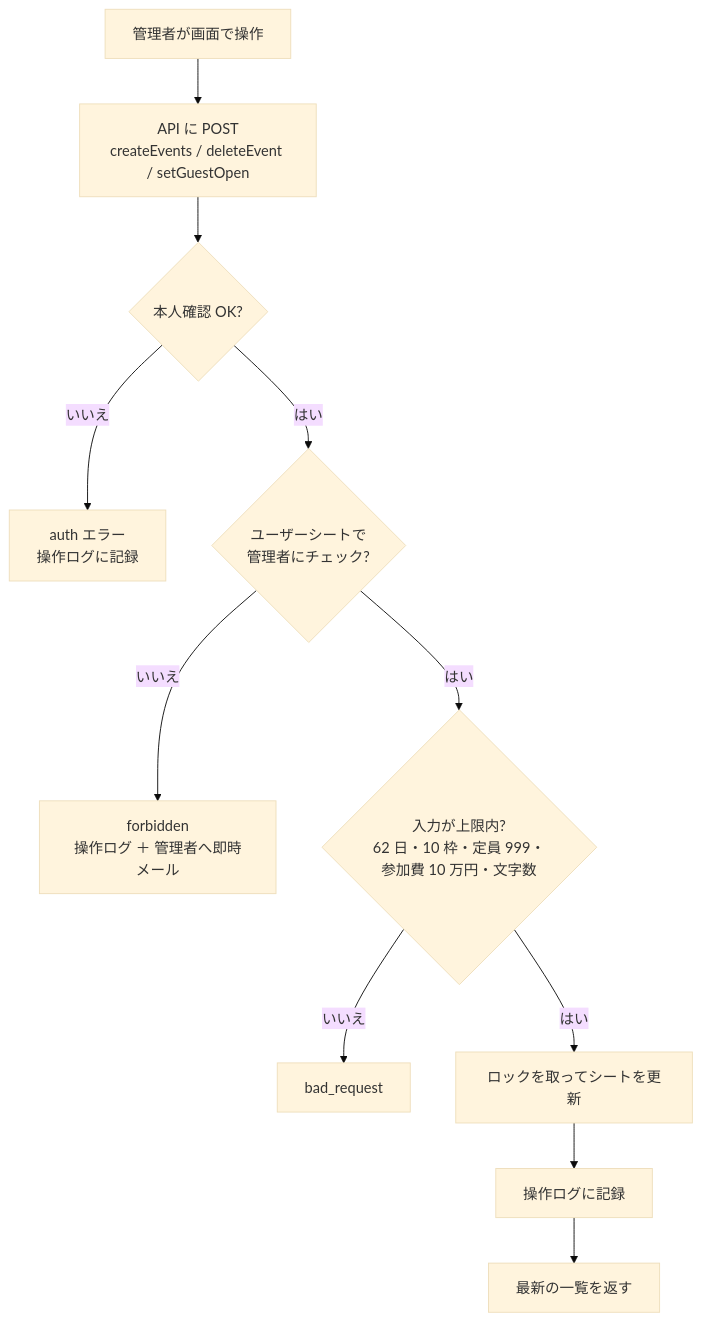
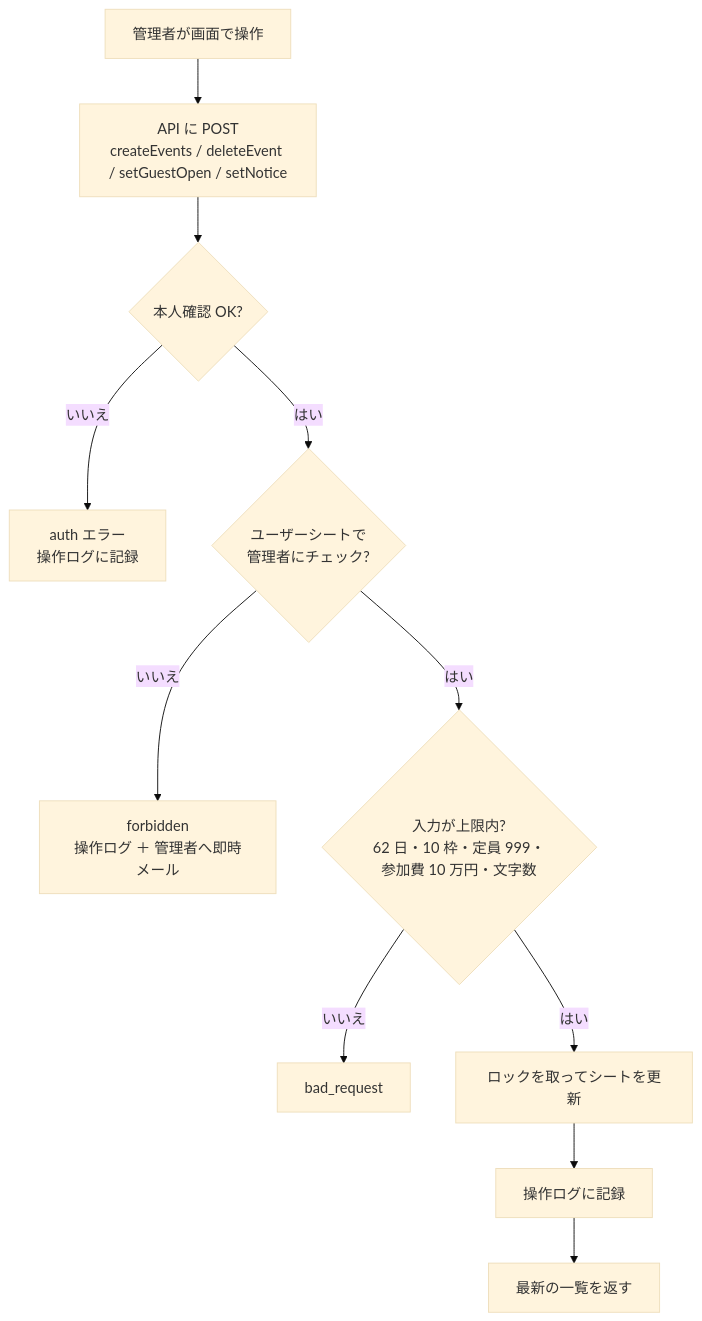
Before and after one commit to Kkenjis/pug-tennis: the fifth of 9 diagrams in docs/ARCHITECTURE.md, drawn with Mermaid (base theme). The commit also changed other lines of this file and 2 other files, not shown here.

First line of the commit message:
資料：ゲスト人数とお知らせの選択（シーケンス図・データモデル・API・権限）を実装に合わせて更新

````diff
--- a/docs/ARCHITECTURE.md
+++ b/docs/ARCHITECTURE.md
@@ -133,11 +133,11 @@
 ```mermaid
 flowchart TD
-  A["管理者が画面で操作"] --> B["API に POST<br/>createEvents / deleteEvent / setGuestOpen"]
+  A["管理者が画面で操作"] --> B["API に POST<br/>createEvents / deleteEvent / setGuestOpen / setNotice"]
   B --> C{"本人確認 OK?"}
   C -- いいえ --> X1["auth エラー<br/>操作ログに記録"]
   C -- はい --> D{"ユーザーシートで<br/>管理者にチェック?"}
   D -- いいえ --> X2["forbidden<br/>操作ログ ＋ 管理者へ即時メール"]
   D -- はい --> E{"入力が上限内?<br/>62 日・10 枠・定員 999・参加費 10 万円・文字数"}
   E -- いいえ --> X3["bad_request"]
   E -- はい --> F["ロックを取ってシートを更新"] --> G["操作ログに記録"] --> H["最新の一覧を返す"]
 ```
````
